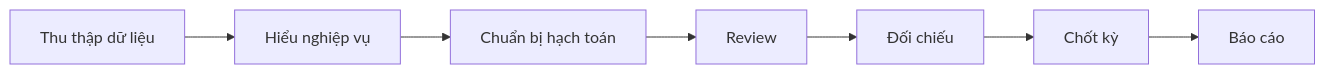
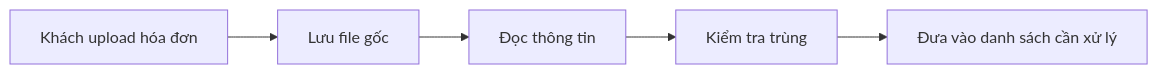
The first of 12 diagrams in tdd.md (huynv81/tomtax), drawn with Mermaid before and after one commit. The commit also changed other lines of this file, not shown here.

````diff
--- a/tdd.md
+++ b/tdd.md
@@ -189,9 +179,7 @@
 ```mermaid
 flowchart LR
-    A[Thu thập dữ liệu] --> B[Hiểu nghiệp vụ]
-    B --> C[Chuẩn bị hạch toán]
-    C --> D[Review]
-    D --> E[Đối chiếu]
-    E --> F[Chốt kỳ]
-    F --> G[Báo cáo]
+    A[Khách upload hóa đơn] --> B[Lưu file gốc]
+    B --> C[Đọc thông tin]
+    C --> D[Kiểm tra trùng]
+    D --> E[Đưa vào danh sách cần xử lý]
 ```
````
